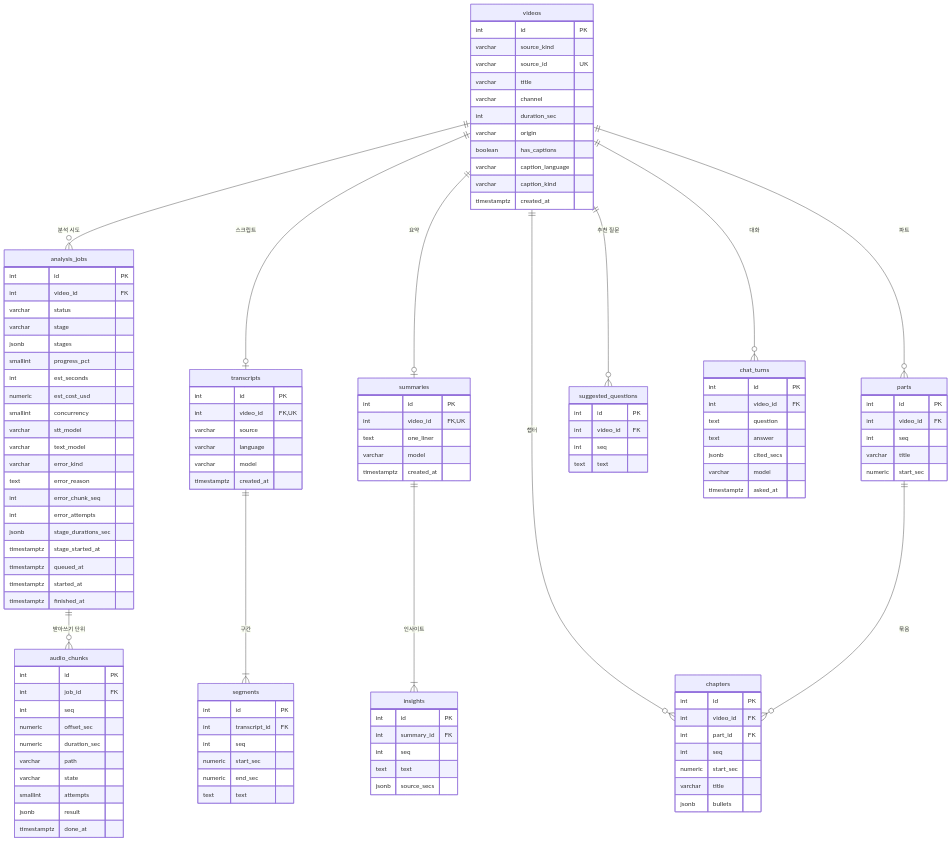
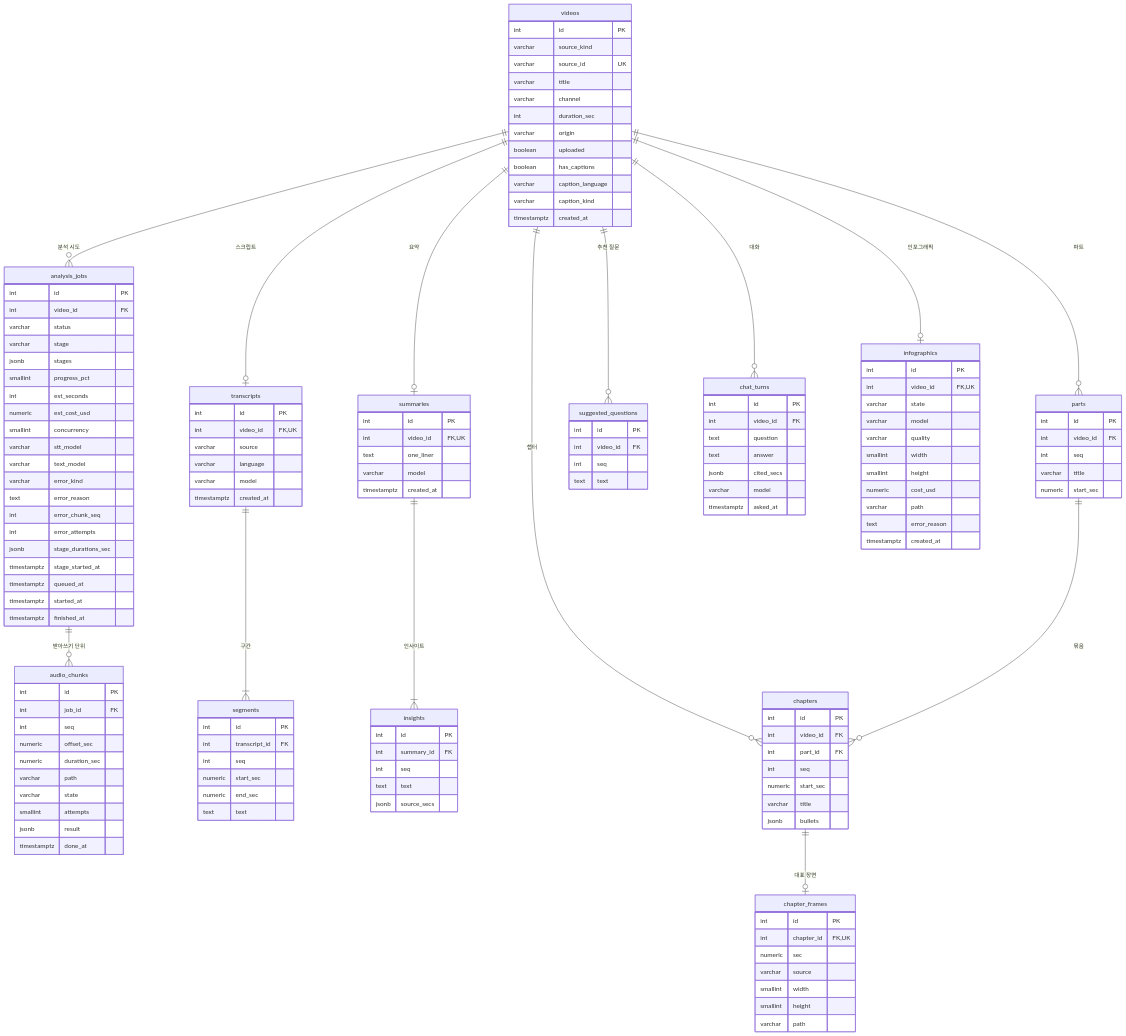
One commit to HoyoungParkme/video-agent changed the diagram in docs/specs/06-DOM/VA-DOM-003.md. Above: the diagram before and after it, drawn with Mermaid. The commit also changed other lines of this file, not shown here.

First line of the commit message:
결과 그림 · 파일 올리기 테이블 — chapter_frames(챕터마다 0..1, 못 얻은 챕터는 그림 컬럼이 모두 null인 행 + CHECK) · infographics(영상마다 한 행, 상태와 지금 그림, CHECK), videos.uploaded(default false, 경로는 컬럼이 아님), 리비전은 카드마다 하나 0003_chapter_frames · 0004_infographics · 0005_videos_uploaded, 판단 7~9

````diff
--- a/docs/specs/06-DOM/VA-DOM-003.md
+++ b/docs/specs/06-DOM/VA-DOM-003.md
@@ -42,6 +42,8 @@
     parts ||--o{ chapters : "묶음"
     videos ||--o{ suggested_questions : "추천 질문"
     videos ||--o{ chat_turns : "대화"
+    chapters ||--o| chapter_frames : "대표 장면"
+    videos ||--o| infographics : "인포그래픽"
 
     videos {
         int id PK
@@ -51,6 +53,7 @@
         varchar channel
         int duration_sec
         varchar origin
+        boolean uploaded
         boolean has_captions
         varchar caption_language
         varchar caption_kind
@@ -151,4 +154,26 @@
         varchar model
         timestamptz asked_at
     }
+    chapter_frames {
+        int id PK
+        int chapter_id FK,UK
+        numeric sec
+        varchar source
+        smallint width
+        smallint height
+        varchar path
+    }
+    infographics {
+        int id PK
+        int video_id FK,UK
+        varchar state
+        varchar model
+        varchar quality
+        smallint width
+        smallint height
+        numeric cost_usd
+        varchar path
+        text error_reason
+        timestamptz created_at
+    }
 ```
````
